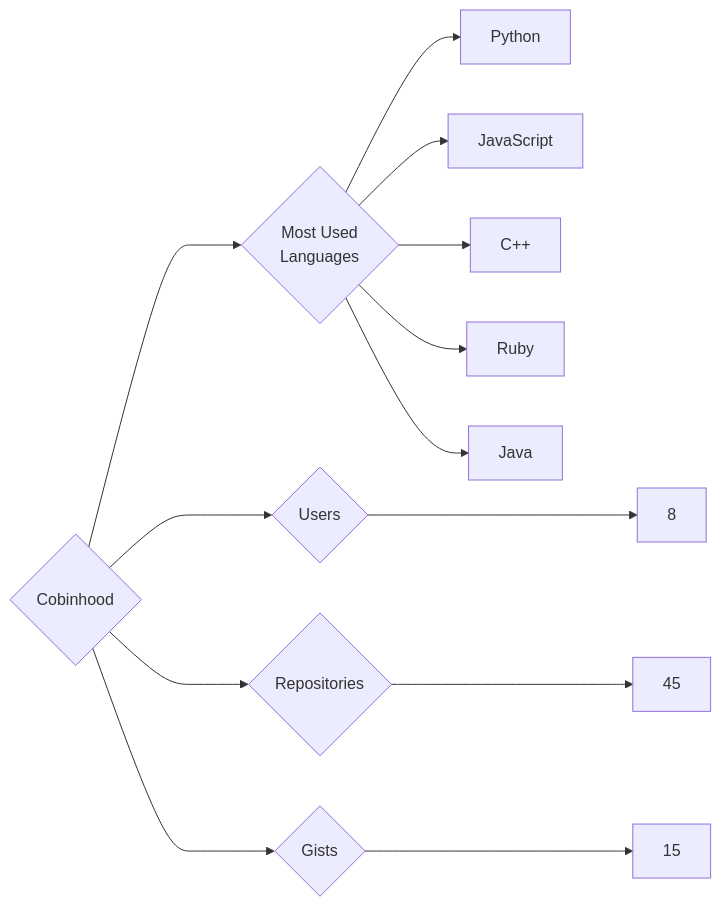
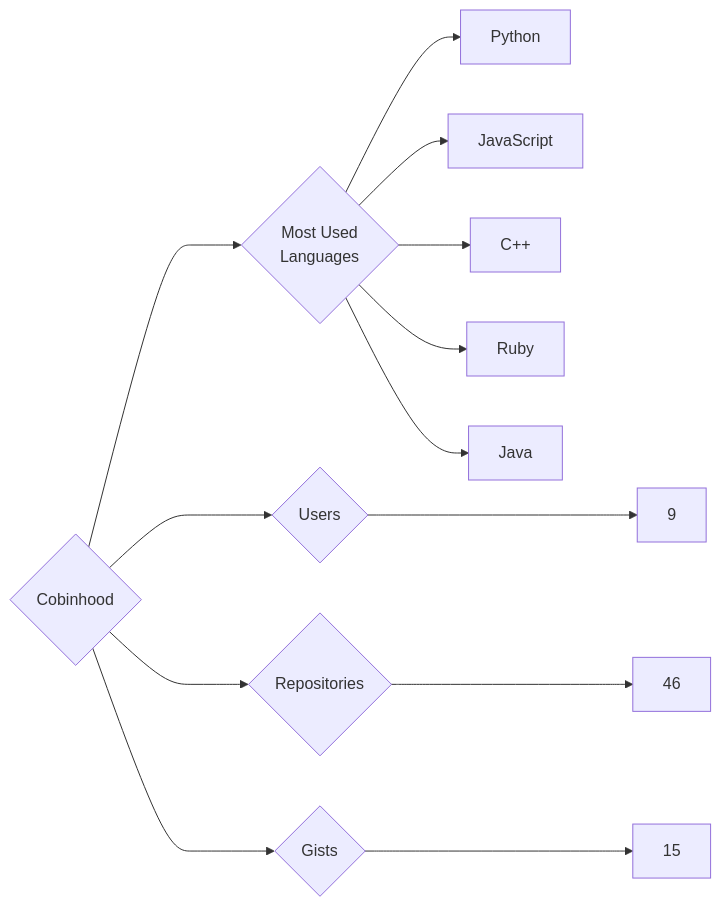
Before and after one commit to trickest/insiders: the diagram in targets/Cobinhood/README.md, drawn with Mermaid. The commit also changed 1120 other files, not shown here.

````diff
--- a/targets/Cobinhood/README.md
+++ b/targets/Cobinhood/README.md
@@ -3,13 +3,13 @@
 ```mermaid
 graph LR
 COMPANY_NAME{Cobinhood}
-COMPANY_NAME ---> U{Users} ---> UN[8]
-COMPANY_NAME ---> R{Repositories} ---> RN[45]
+COMPANY_NAME ---> U{Users} ---> UN[9]
+COMPANY_NAME ---> R{Repositories} ---> RN[46]
 COMPANY_NAME ---> G{Gists} ---> GN[15]
 COMPANY_NAME ---> ML{Most Used<br>Languages}
 ML --> Python[Python]
 ML --> JavaScript[JavaScript]
 ML --> C++[C++]
 ML --> Ruby[Ruby]
 ML --> Java[Java]
 ```
````
